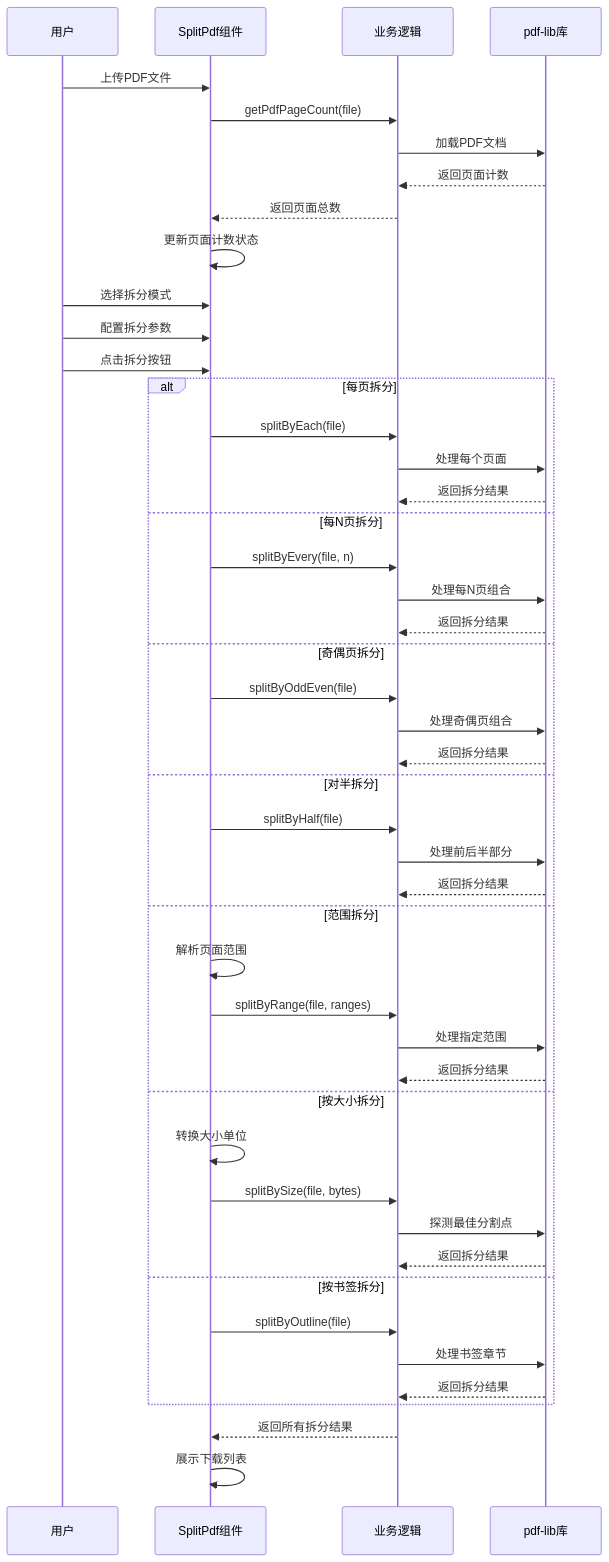
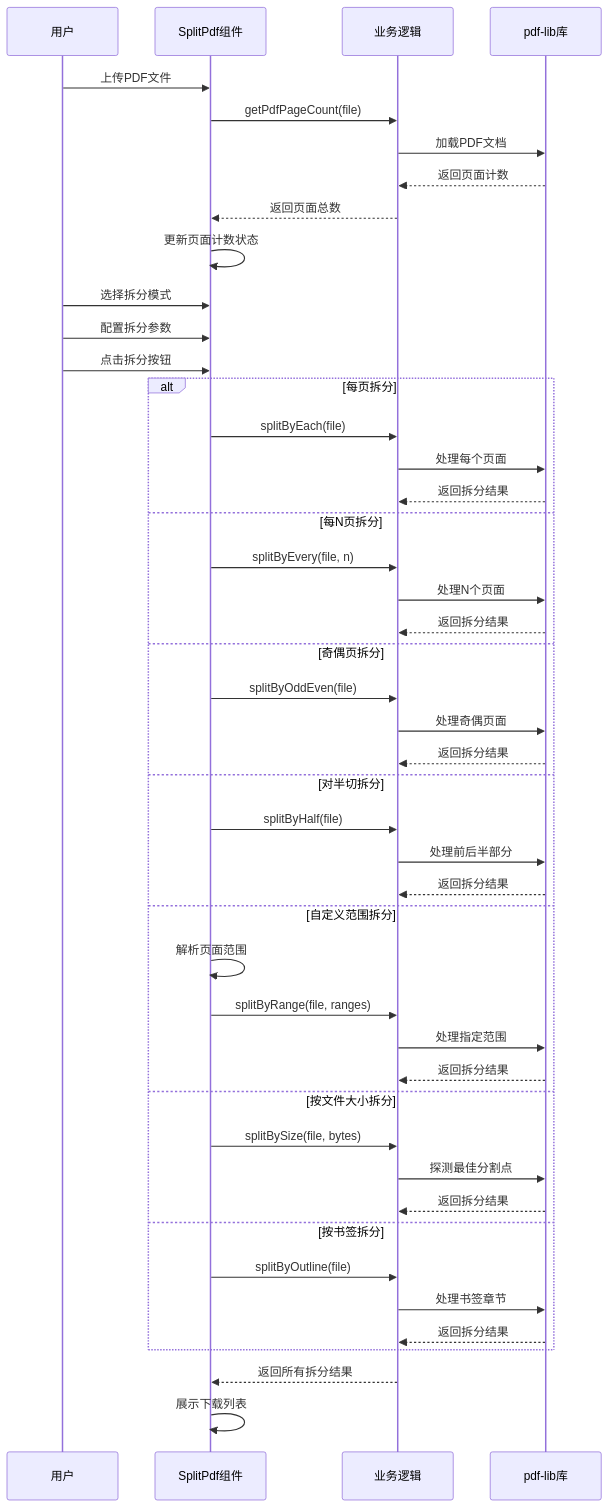
One commit to sgyy/privadeck changed the third of 7 diagrams in .qoder/repowiki/zh/content/PDF工具/PDF拆分工具.md. Above: the diagram before and after it, drawn with Mermaid. The commit also changed other lines of this file and 48 other files, not shown here.

````diff
--- a/.qoder/repowiki/zh/content/PDF工具/PDF拆分工具.md
+++ b/.qoder/repowiki/zh/content/PDF工具/PDF拆分工具.md
@@ -228,49 +229,48 @@
 ```mermaid
 sequenceDiagram
 participant User as 用户
 participant Component as SplitPdf组件
 participant Logic as 业务逻辑
 participant PdfLib as pdf-lib库
 User->>Component : 上传PDF文件
 Component->>Logic : getPdfPageCount(file)
 Logic->>PdfLib : 加载PDF文档
 PdfLib-->>Logic : 返回页面计数
 Logic-->>Component : 返回页面总数
 Component->>Component : 更新页面计数状态
 User->>Component : 选择拆分模式
 User->>Component : 配置拆分参数
 User->>Component : 点击拆分按钮
 alt 每页拆分
 Component->>Logic : splitByEach(file)
 Logic->>PdfLib : 处理每个页面
 PdfLib-->>Logic : 返回拆分结果
 else 每N页拆分
 Component->>Logic : splitByEvery(file, n)
-Logic->>PdfLib : 处理每N页组合
+Logic->>PdfLib : 处理N个页面
 PdfLib-->>Logic : 返回拆分结果
 else 奇偶页拆分
 Component->>Logic : splitByOddEven(file)
-Logic->>PdfLib : 处理奇偶页组合
+Logic->>PdfLib : 处理奇偶页面
 PdfLib-->>Logic : 返回拆分结果
-else 对半拆分
+else 对半切拆分
 Component->>Logic : splitByHalf(file)
 Logic->>PdfLib : 处理前后半部分
 PdfLib-->>Logic : 返回拆分结果
-else 范围拆分
+else 自定义范围拆分
 Component->>Component : 解析页面范围
 Component->>Logic : splitByRange(file, ranges)
 Logic->>PdfLib : 处理指定范围
 PdfLib-->>Logic : 返回拆分结果
-else 按大小拆分
-Component->>Component : 转换大小单位
+else 按文件大小拆分
 Component->>Logic : splitBySize(file, bytes)
 Logic->>PdfLib : 探测最佳分割点
 PdfLib-->>Logic : 返回拆分结果
 else 按书签拆分
 Component->>Logic : splitByOutline(file)
 Logic->>PdfLib : 处理书签章节
 PdfLib-->>Logic : 返回拆分结果
 end
 Logic-->>Component : 返回所有拆分结果
 Component->>Component : 展示下载列表
 ```
````
